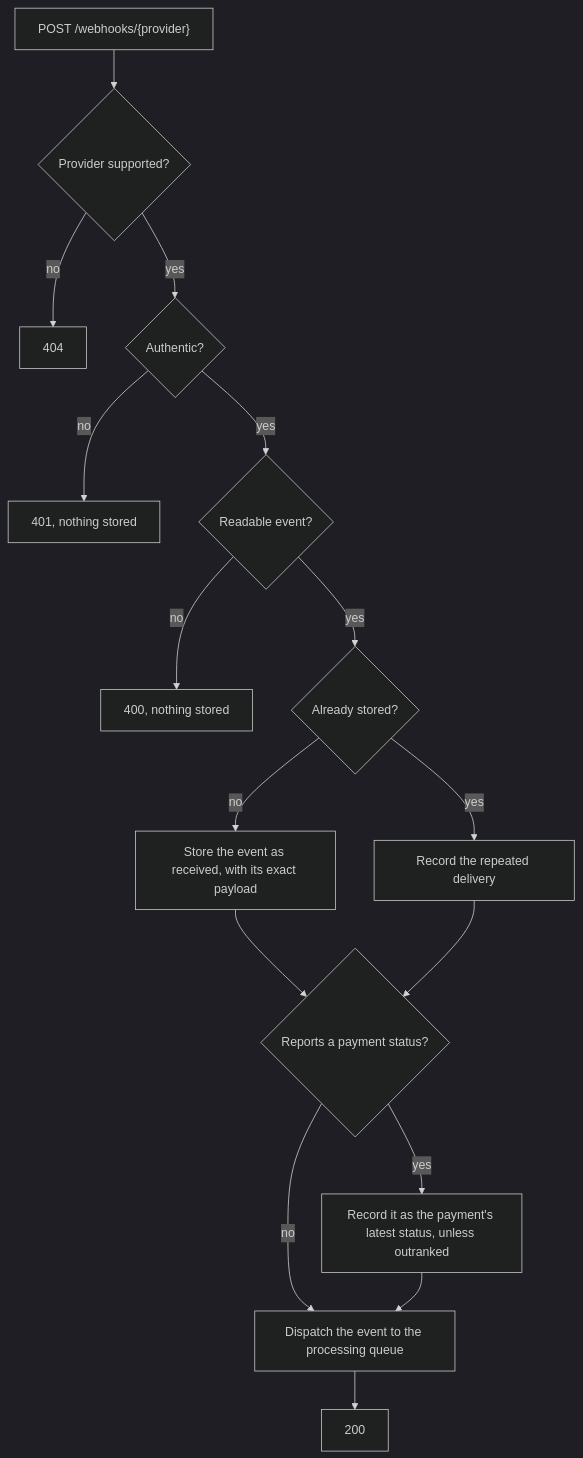
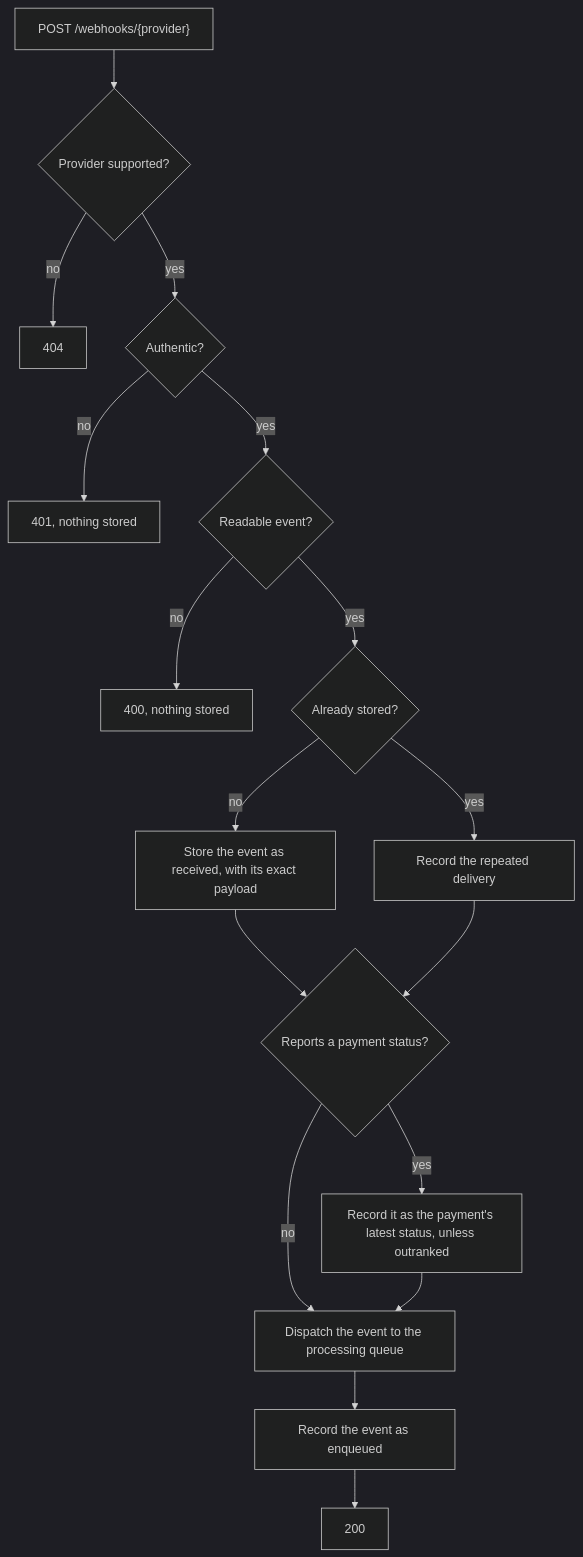
Before and after one commit to gabrielroriz/aws-resilient-payment-flow: the first of 2 diagrams in docs/architecture/webhook-receipt.md, drawn with Mermaid (dark theme). The commit also changed other lines of this file and 11 other files, not shown here.

First line of the commit message:
feat: record webhook events as enqueued after dispatch

````diff
--- a/docs/architecture/webhook-receipt.md
+++ b/docs/architecture/webhook-receipt.md
@@ -7,18 +7,19 @@
 ```mermaid
 flowchart TD
     Request["POST /webhooks/{provider}"] --> Find{"Provider supported?"}
     Find -->|no| NotFound["404"]
     Find -->|yes| Auth{"Authentic?"}
     Auth -->|no| Unauthorized["401, nothing stored"]
     Auth -->|yes| Parse{"Readable event?"}
     Parse -->|no| Malformed["400, nothing stored"]
     Parse -->|yes| Stored{"Already stored?"}
     Stored -->|no| Create["Store the event as received, with its exact payload"]
     Stored -->|yes| Duplicate["Record the repeated delivery"]
     Create --> Status{"Reports a payment status?"}
     Duplicate --> Status
     Status -->|yes| Rank["Record it as the payment's latest status, unless outranked"]
     Status -->|no| Dispatch["Dispatch the event to the processing queue"]
     Rank --> Dispatch
-    Dispatch --> Ack["200"]
+    Dispatch --> Enqueued["Record the event as enqueued"]
+    Enqueued --> Ack["200"]
 ```
````
